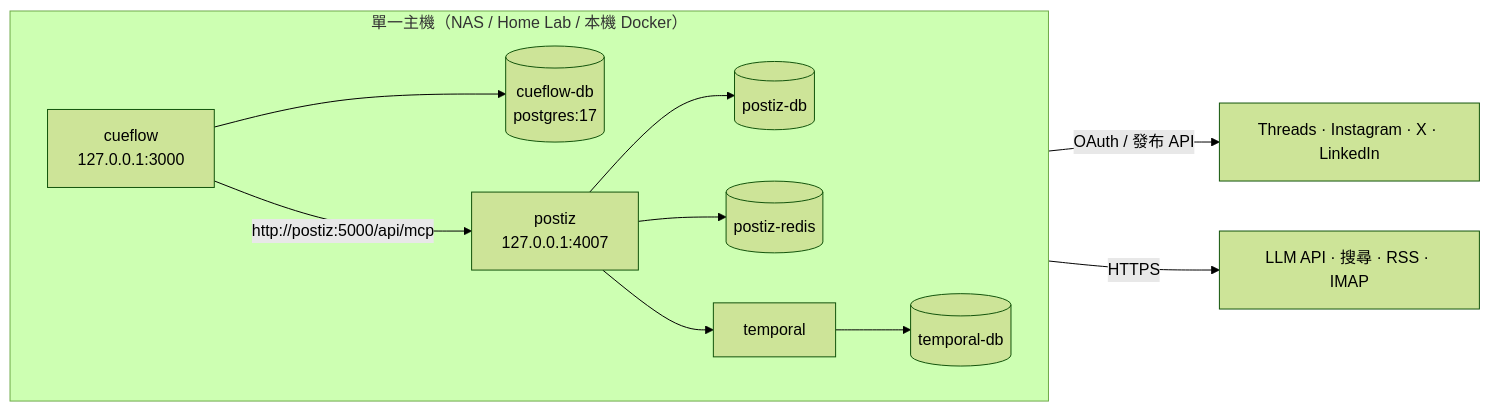
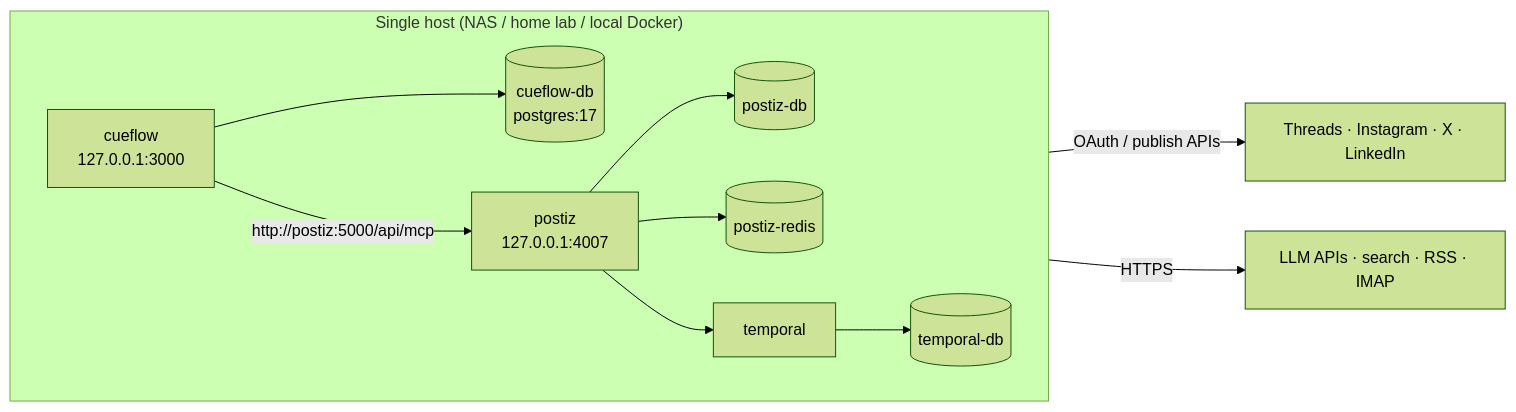
One commit to j75689/cueflow changed the sixth of 6 diagrams in docs/architecture.md. Above: the diagram before and after it, drawn with Mermaid (forest theme). The commit also changed other lines of this file and 20 other files, not shown here.

````diff
--- a/docs/architecture.md
+++ b/docs/architecture.md
@@ -276,13 +279,13 @@
 ```mermaid
 flowchart LR
-    subgraph Host["單一主機（NAS / Home Lab / 本機 Docker）"]
+    subgraph Host["Single host (NAS / home lab / local Docker)"]
         direction LR
         CF["cueflow<br/>127.0.0.1:3000"] --> CFDB[("cueflow-db<br/>postgres:17")]
         CF -->|"http://postiz:5000/api/mcp"| PZ["postiz<br/>127.0.0.1:4007"]
         PZ --> PZDB[("postiz-db")]
         PZ --> RD[("postiz-redis")]
         PZ --> TP["temporal"] --> TPDB[("temporal-db")]
     end
-    PZ -->|"OAuth / 發布 API"| SNS["Threads · Instagram · X · LinkedIn"]
-    CF -->|"HTTPS"| EXT["LLM API · 搜尋 · RSS · IMAP"]
+    PZ -->|"OAuth / publish APIs"| SNS["Threads · Instagram · X · LinkedIn"]
+    CF -->|"HTTPS"| EXT["LLM APIs · search · RSS · IMAP"]
 ```
````
